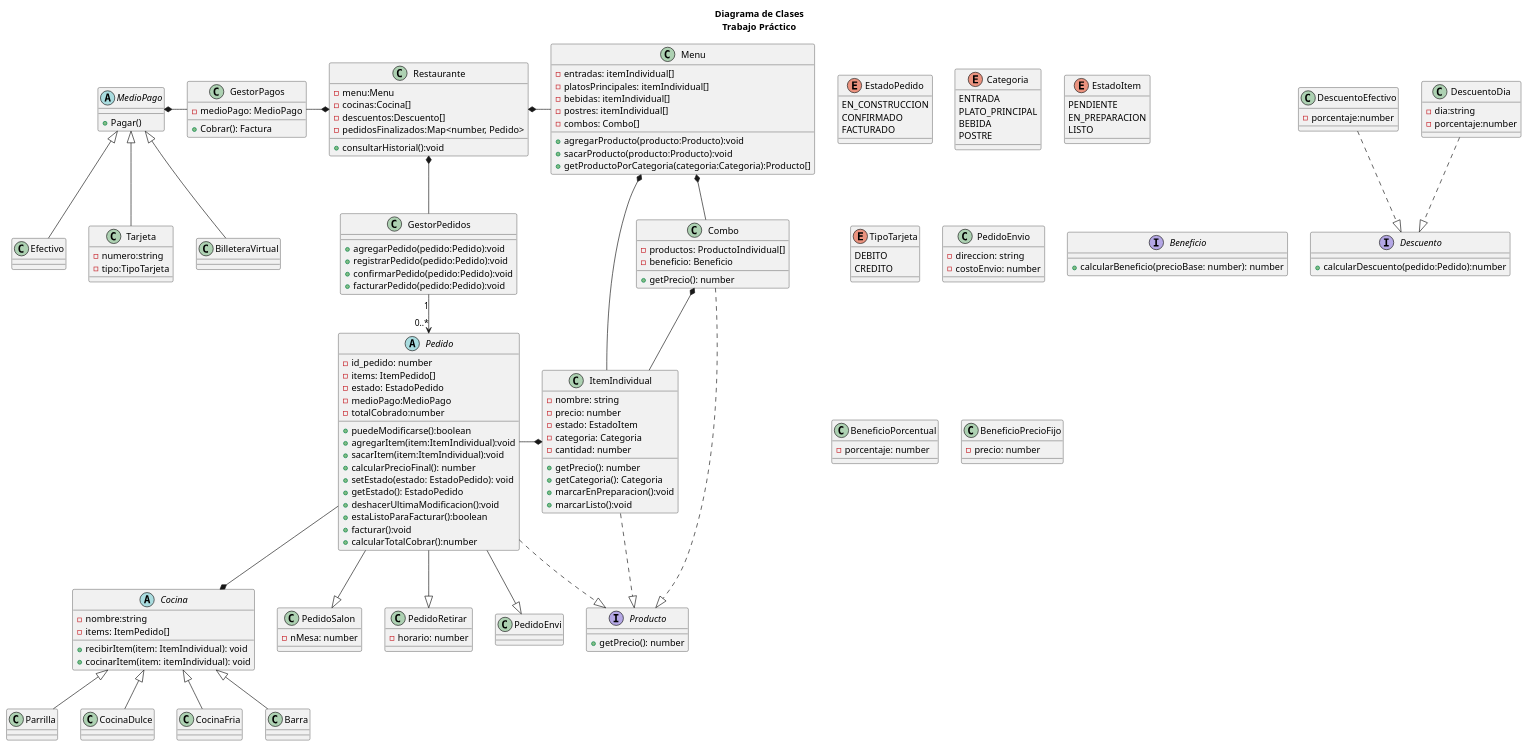
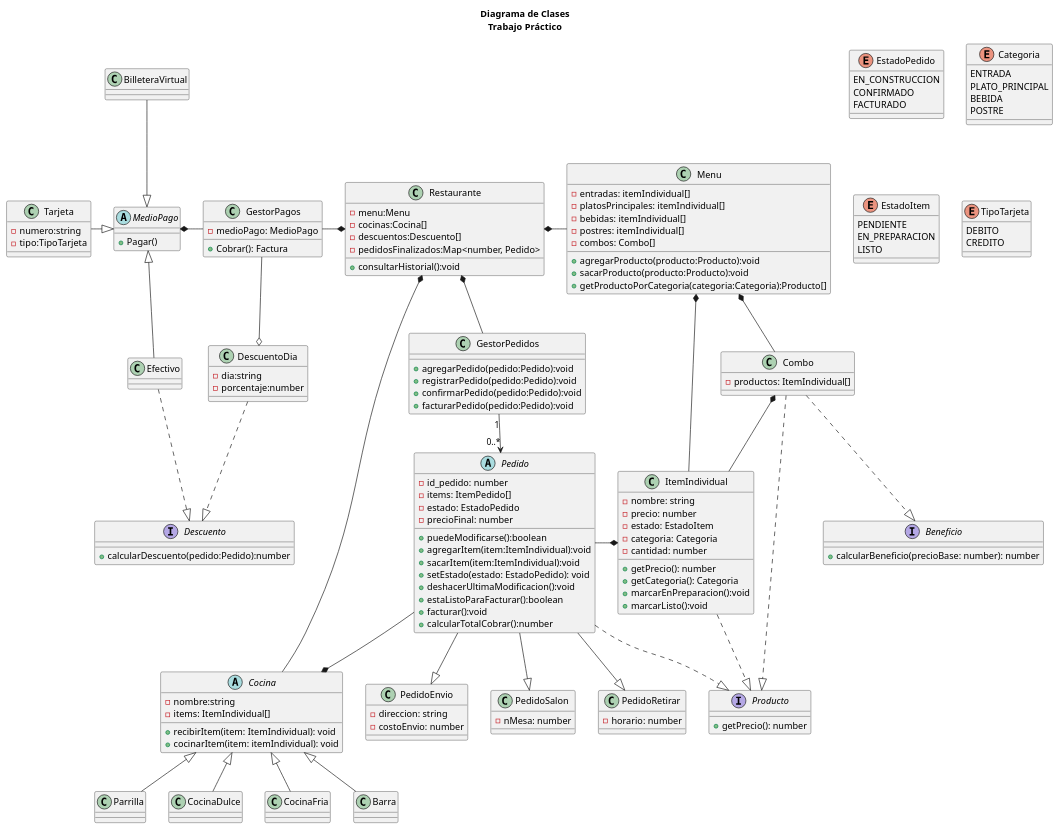
One commit to crstian8819/tp-grupo-11 changed the diagram in diagrama/diagrama.puml. Above: the diagram before and after it, drawn with PlantUML.

Commit message:
Finalizando el dibujo de las entidades aun sin relacionar. Acomodo el codigo para mejor legibilidad.

```diff
--- a/diagrama/diagrama.puml
+++ b/diagrama/diagrama.puml
@@ -24,6 +24,7 @@
         CREDITO
     }
     '-------------Restaurante-Sistema-----------------------
+
     class Restaurante{
         -menu:Menu
         -cocinas:Cocina[]
@@ -32,30 +33,19 @@
 
         +consultarHistorial():void
     }
-    Restaurante *-r- Menu
-    'Restaurante --* Cocina
-    'Restaurante o-- Pedido
-    Restaurante *-d- GestorPedidos
-    Restaurante *--l- GestorPagos
-    'Restaurante ..|> Descuento
 
-   
-    
     '------------------ PEDIDOS -------------------------
 
     abstract class Pedido {
         -id_pedido: number
         -items: ItemPedido[]
         -estado: EstadoPedido
-        -medioPago:MedioPago
-        -totalCobrado:number        
+        -precioFinal: number
 
         +puedeModificarse():boolean
         +agregarItem(item:ItemIndividual):void
         +sacarItem(item:ItemIndividual):void
-        +calcularPrecioFinal(): number
         +setEstado(estado: EstadoPedido): void
-        +getEstado(): EstadoPedido
         +deshacerUltimaModificacion():void
         +estaListoParaFacturar():boolean
         +facturar():void
@@ -75,14 +65,6 @@
         -direccion: string
         -costoEnvio: number
     }
-
-    Pedido -d-|> PedidoSalon
-    Pedido -d-|> PedidoRetirar
-    Pedido -d-|> PedidoEnvi
-
-    Pedido -r-* ItemIndividual
-    Pedido --* Cocina
-    Pedido ..|> Producto
 
     '------------ MENU / PRODUCTOS -------------
 
@@ -116,43 +98,21 @@
         +marcarListo():void
     }
 
-    class Combo  {
-        -productos: ProductoIndividual[]
-        -beneficio: Beneficio
-
-        +getPrecio(): number
+    class Combo {
+        -productos: ItemIndividual[]
     }
 
-    ItemIndividual ..|> Producto
-    Menu *-- ItemIndividual
-    Menu *-- Combo
-    Combo *-- ItemIndividual
-    Combo ..|> Producto
-
-    '------------------ BENEFICIOS -----------------
+    '------------------ BENEFICIO -----------------
 
     interface Beneficio {
         +calcularBeneficio(precioBase: number): number
     }
 
-    class BeneficioPorcentual {
-        -porcentaje: number
-    }
-
-    class BeneficioPrecioFijo {
-        -precio: number
-    }
-
-    'BeneficioPorcentual ..|> Beneficio
-    'BeneficioPrecioFijo ..|> Beneficio
-
-    'Combo ..|> Beneficio
-
     '--------------------- COCINA ----------------------
 
     abstract class Cocina {
         -nombre:string
-        -items: ItemPedido[]
+        -items: ItemIndividual[]
 
         +recibirItem(item: ItemIndividual): void
         +cocinarItem(item: itemIndividual): void
@@ -163,62 +123,105 @@
     class CocinaFria{}
     class Barra{}
 
-    Parrilla -u-|> Cocina
-    CocinaDulce -u-|> Cocina
-    CocinaFria -u-|> Cocina
-    Barra -u-|> Cocina
+    '------------------ GESTOR_PAGOS -------------------------
 
-    '------------------ GESTOR_PAGOS -------------------------
     class GestorPagos {
         -medioPago: MedioPago
 
         +Cobrar(): Factura
     }
-    GestorPagos -l-* MedioPago
 
     '------------------- MedioPago ------------------------
+
     abstract class MedioPago{
         
         +Pagar()
     }
-    class Efectivo{}
+
+    class Efectivo {}
+
     class Tarjeta{
         -numero:string
         -tipo:TipoTarjeta
     }
-    'Implementacion de Enum TipoTarjeta (a confirmar cambios)
-    'class TarjetaDebito{}
-    'class TarjetaCredito{}
+    
     class BilleteraVirtual{}
-    Efectivo -u-|> MedioPago
-    Tarjeta -u-|> MedioPago
-    BilleteraVirtual -u-|> MedioPago
-
-    'TarjetaDebito --|> Tarjeta
-    'TarjetaCredito --|> Tarjeta
 
     interface Descuento{
         +calcularDescuento(pedido:Pedido):number
     }
-    class DescuentoEfectivo{
-        -porcentaje:number
-    }
+
     class DescuentoDia{
         -dia:string
         -porcentaje:number
     }
-    DescuentoEfectivo ..|> Descuento
-    DescuentoDia ..|> Descuento
 
     '-------------------- Gestor de Pedidos ------------------------
+
     class GestorPedidos{
         +agregarPedido(pedido:Pedido):void
         +registrarPedido(pedido:Pedido):void
         +confirmarPedido(pedido:Pedido):void
         +facturarPedido(pedido:Pedido):void
     }
+
+    '-------------------- RELACIONES ------------------------
+
+'RESTAURANTE
+
+    Restaurante *-r- Menu
+    Restaurante *-- Cocina
+    'Restaurante o-- Pedido
+    Restaurante *-d- GestorPedidos
+    Restaurante *--l- GestorPagos
+    'Restaurante ..|> Descuento
+
+'PEDIDOS
+
+    Pedido -d-|> PedidoSalon
+    Pedido -d-|> PedidoRetirar
+    Pedido -d-|> PedidoEnvio
+    Pedido -r-* ItemIndividual
+    Pedido --* Cocina
+    Pedido ..|> Producto
+
+'MENU
+
+    ItemIndividual ..|> Producto
+    Menu *-- ItemIndividual
+    Menu *-- Combo
+    Combo *-- ItemIndividual
+    Combo ..|> Producto
+    Combo ..|> Beneficio
+
+'COCINA
+
+    Parrilla -u-|> Cocina
+    CocinaDulce -u-|> Cocina
+    CocinaFria -u-|> Cocina
+    Barra -u-|> Cocina
+
+'GESTOR DE PAGOS
+
+    GestorPagos -l-* MedioPago
+    GestorPagos --o DescuentoDia
+
+'MEDIOS DE PAGO
+
+    Efectivo -u-|> MedioPago
+    Tarjeta -r-|> MedioPago
+    BilleteraVirtual -d-|> MedioPago
+    Efectivo .d.|> Descuento
+
+'DESCUENTOS
+
+    DescuentoDia ..|> Descuento
+
+'GESTOR DE PEDIDOS
+
     'HistorialPedido o-- Pedido
     GestorPedidos "1" -d-> "0..*" Pedido
     'Un pedido contiene exactamente Un registro en historial de Pedidos
     'HistorialPedido puede contener 0 o muchos pedidos.
+
 @enduml
```
